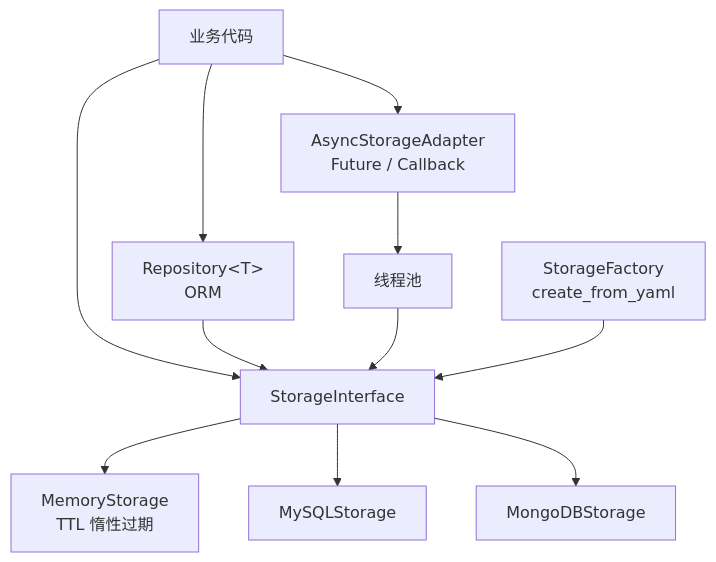
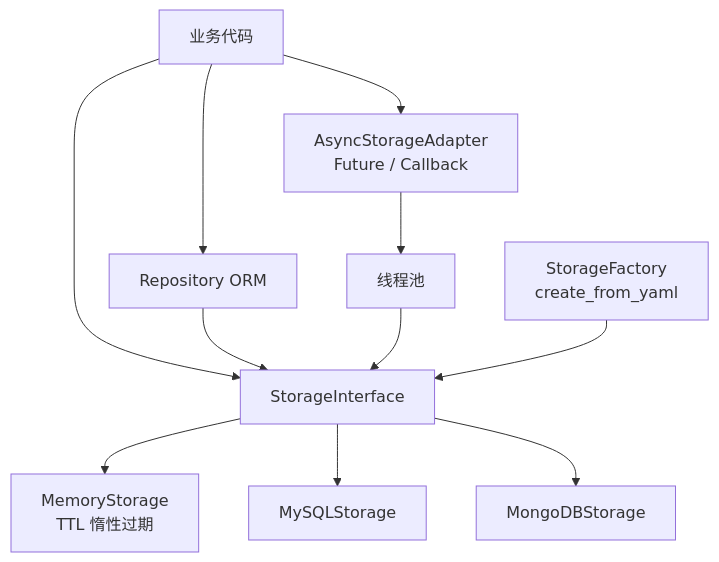
One commit to Kwell/ChwellCore changed the sixth of 10 diagrams in README.md. Above: the diagram before and after it, drawn with Mermaid. The commit also changed other lines of this file and 1 other file, not shown here.

Commit message:
docs: fix mermaid render errors (escape angle brackets, drop autonumber)

````diff
--- a/README.md
+++ b/README.md
@@ -517,15 +515,15 @@
 ```mermaid
 flowchart TB
-    BIZ["业务代码"] --> REPO["Repository&lt;T&gt;<br/>ORM"]
+    BIZ["业务代码"] --> REPO["Repository ORM"]
     BIZ --> ASYNC["AsyncStorageAdapter<br/>Future / Callback"]
     BIZ --> IF["StorageInterface"]
 
     REPO --> IF
     ASYNC --> TPOOL["线程池"] --> IF
 
     IF --> MEM["MemoryStorage<br/>TTL 惰性过期"]
     IF --> MYSQL["MySQLStorage"]
     IF --> MONGO["MongoDBStorage"]
 
     FAC["StorageFactory<br/>create_from_yaml"] --> IF
 ```
````
